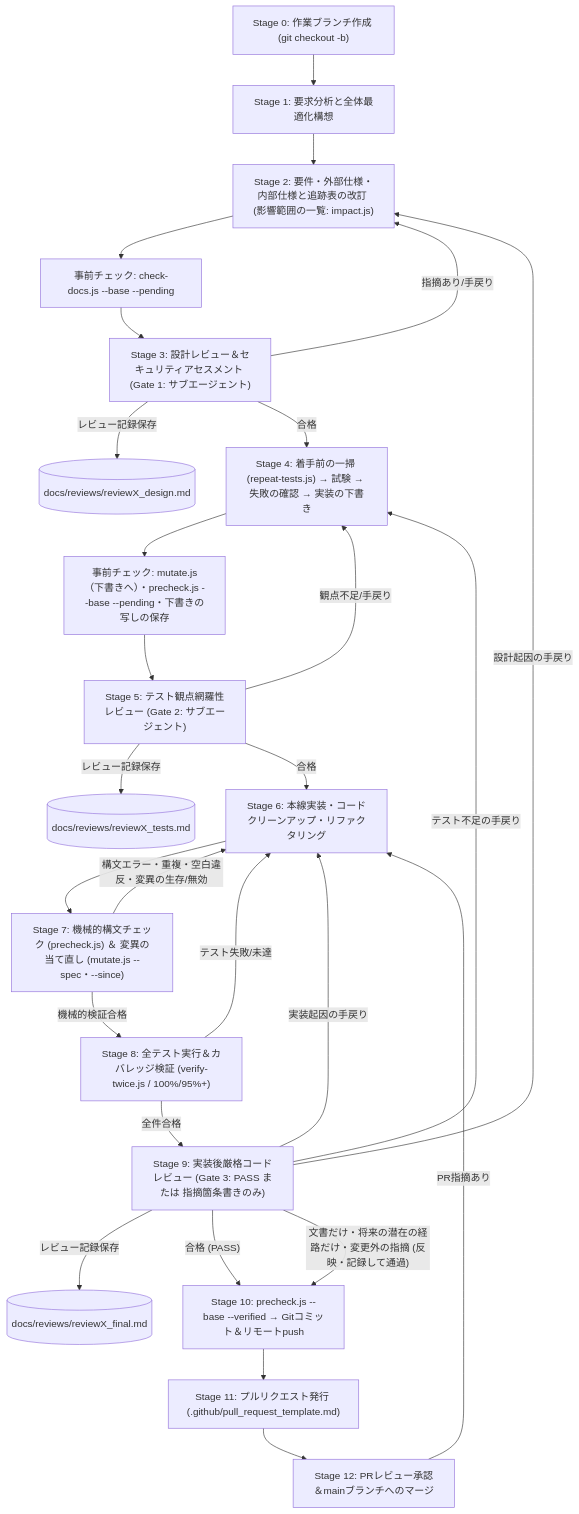
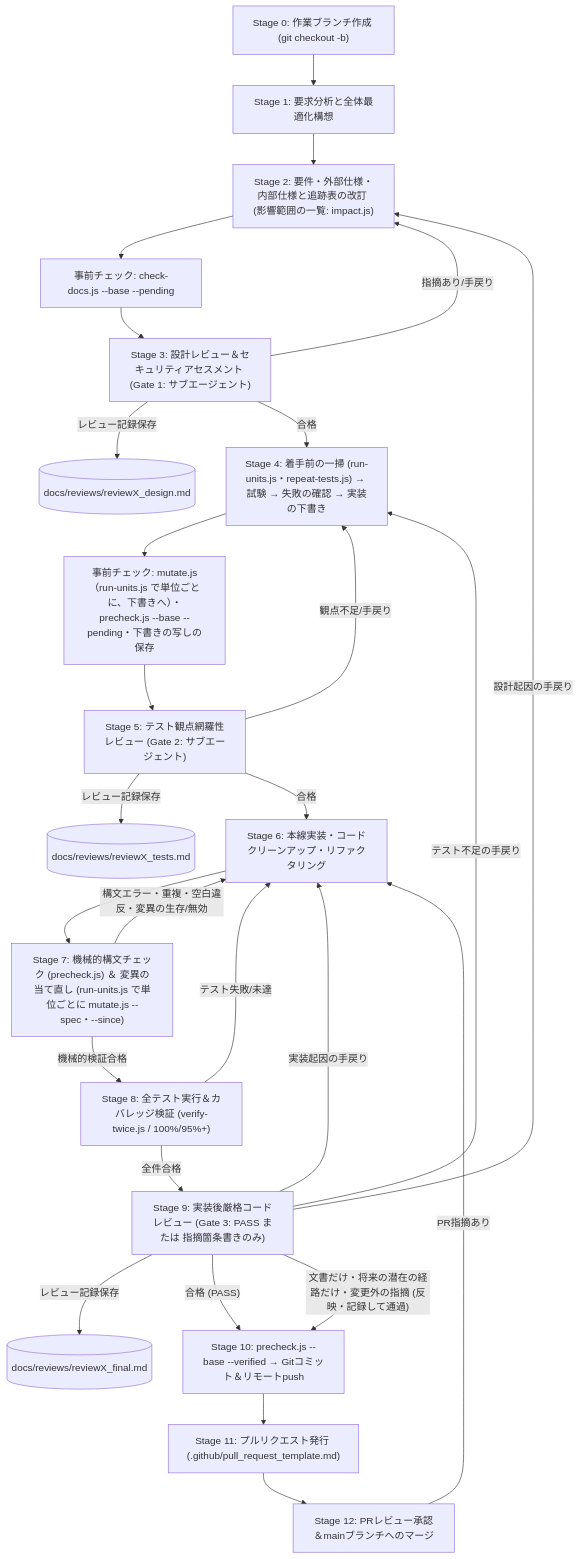
One commit to tekuteku-life/kogaidocs changed the first of 2 diagrams in docs/development_process.md. Above: the diagram before and after it, drawn with Mermaid. The commit also changed other lines of this file and 12 other files, not shown here.

````diff
--- a/docs/development_process.md
+++ b/docs/development_process.md
@@ -46,29 +46,29 @@
 ```mermaid
 flowchart TD
 	S0["Stage 0: 作業ブランチ作成 (git checkout -b)"] --> S1["Stage 1: 要求分析と全体最適化構想"]
 	S1 --> S2["Stage 2: 要件・外部仕様・内部仕様と追跡表の改訂 (影響範囲の一覧: impact.js)"]
 	S2 --> P1["事前チェック: check-docs.js --base --pending"]
 	P1 --> S3["Stage 3: 設計レビュー＆セキュリティアセスメント (Gate 1: サブエージェント)"]
 	S3 -->|レビュー記録保存| D1[("docs/reviews/reviewX_design.md")]
 	S3 -- "指摘あり/手戻り" --> S2
-	S3 -- "合格" --> S4["Stage 4: 着手前の一掃 (repeat-tests.js) → 試験 → 失敗の確認 → 実装の下書き"]
-	S4 --> P2["事前チェック: mutate.js（下書きへ）・precheck.js --base --pending・下書きの写しの保存"]
+	S3 -- "合格" --> S4["Stage 4: 着手前の一掃 (run-units.js・repeat-tests.js) → 試験 → 失敗の確認 → 実装の下書き"]
+	S4 --> P2["事前チェック: mutate.js（run-units.js で単位ごとに、下書きへ）・precheck.js --base --pending・下書きの写しの保存"]
 	P2 --> S5["Stage 5: テスト観点網羅性レビュー (Gate 2: サブエージェント)"]
 	S5 -->|レビュー記録保存| D2[("docs/reviews/reviewX_tests.md")]
 	S5 -- "観点不足/手戻り" --> S4
 	S5 -- "合格" --> S6["Stage 6: 本線実装・コードクリーンアップ・リファクタリング"]
-	S6 --> S7["Stage 7: 機械的構文チェック (precheck.js) ＆ 変異の当て直し (mutate.js --spec・--since)"]
+	S6 --> S7["Stage 7: 機械的構文チェック (precheck.js) ＆ 変異の当て直し (run-units.js で単位ごとに mutate.js --spec・--since)"]
 	S7 -- "構文エラー・重複・空白違反・変異の生存/無効" --> S6
 	S7 -- "機械的検証合格" --> S8["Stage 8: 全テスト実行＆カバレッジ検証 (verify-twice.js / 100%/95%+)"]
 	S8 -- "テスト失敗/未達" --> S6
 	S8 -- "全件合格" --> S9["Stage 9: 実装後厳格コードレビュー (Gate 3: PASS または 指摘箇条書きのみ)"]
 	S9 -->|レビュー記録保存| D3[("docs/reviews/reviewX_final.md")]
 	S9 -- "設計起因の手戻り" --> S2
 	S9 -- "テスト不足の手戻り" --> S4
 	S9 -- "実装起因の手戻り" --> S6
 	S9 -- "合格 (PASS)" --> S10["Stage 10: precheck.js --base --verified → Gitコミット＆リモートpush"]
 	S9 -- "文書だけ・将来の潜在の経路だけ・変更外の指摘 (反映・記録して通過)" --> S10
 	S10 --> S11["Stage 11: プルリクエスト発行 (.github/pull_request_template.md)"]
 	S11 --> S12["Stage 12: PRレビュー承認＆mainブランチへのマージ"]
 	S12 -- "PR指摘あり" --> S6
 ```
````
